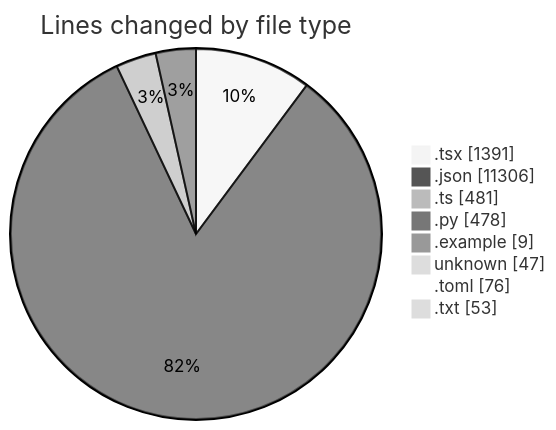
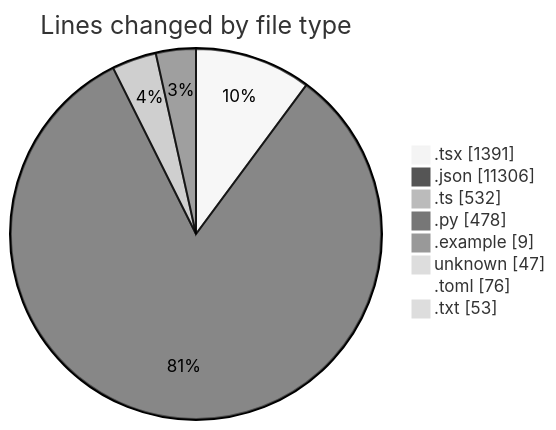
The first of 2 diagrams in 2025-04-30/niten/README.md (Elitesun/code-tracking), drawn with Mermaid (neutral theme) before and after one commit. The commit also changed other lines of this file and 1 other file, not shown here.

````diff
--- a/2025-04-30/niten/README.md
+++ b/2025-04-30/niten/README.md
@@ -64,12 +64,12 @@
 ```mermaid
 pie showData
 title Lines changed by file type
 ".tsx" : 1391
 ".json" : 11306
-".ts" : 481
+".ts" : 532
 ".py" : 478
 ".example" : 9
 "unknown" : 47
 ".toml" : 76
 ".txt" : 53
 ```
````
